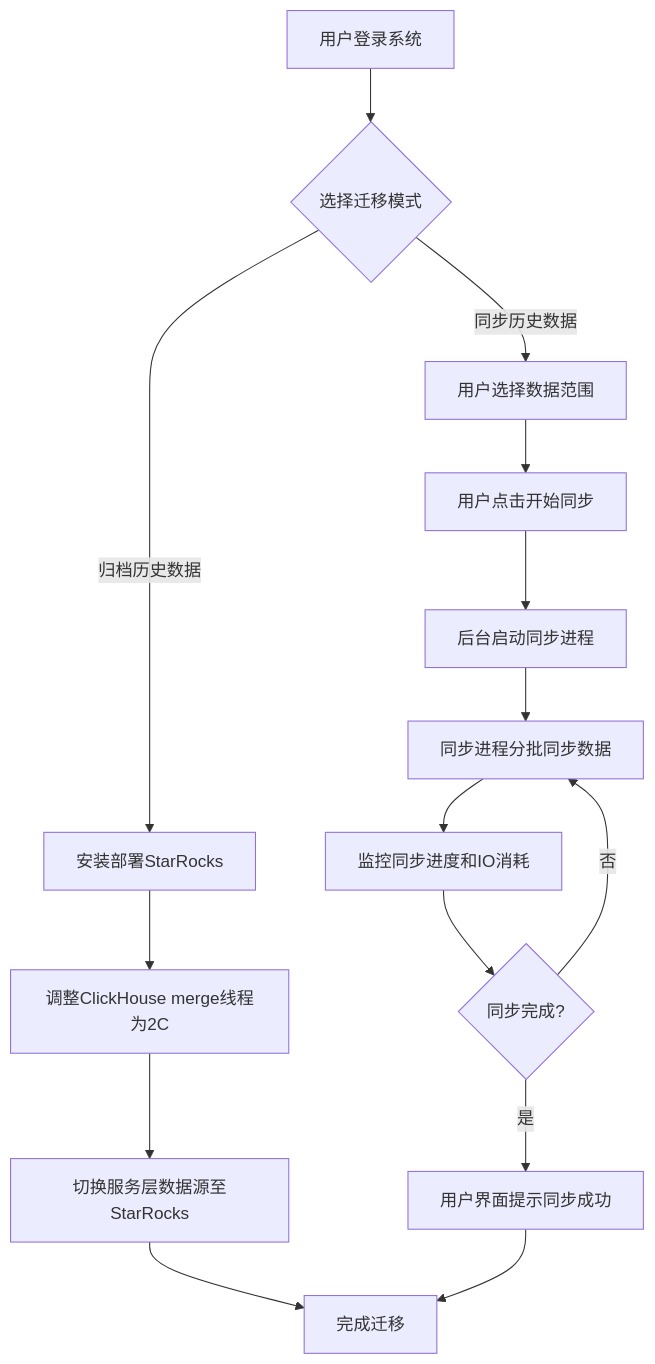
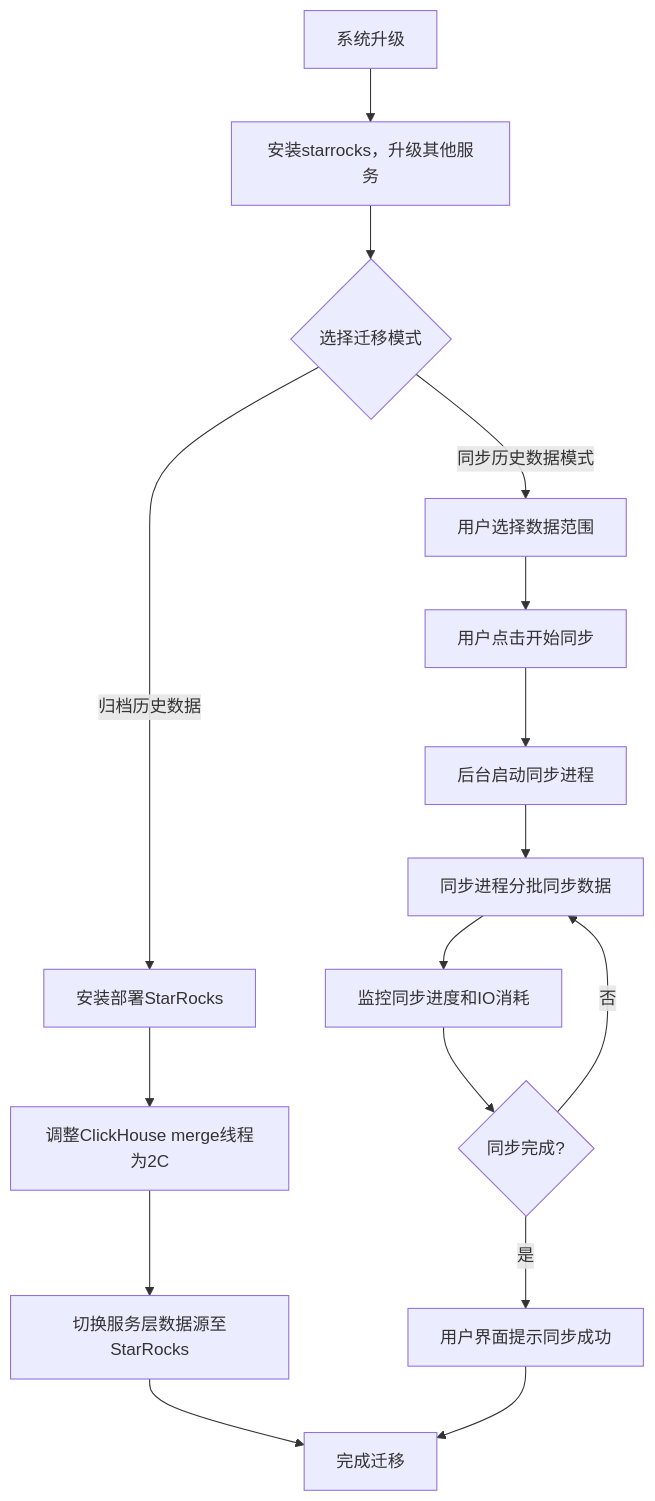
Before and after one commit to oabao/gpt_desigin: the first of 2 diagrams in Starrocks替换CK方案2.0.md, drawn with Mermaid.

````diff
--- a/Starrocks替换CK方案2.0.md
+++ b/Starrocks替换CK方案2.0.md
@@ -207,17 +207,18 @@
     ```mermaid
     graph TD
-    A[用户登录系统] --> B{选择迁移模式}
+    A[系统升级] --> A1[安装starrocks，升级其他服务]
+    A1 --> B{选择迁移模式}
     B -->|归档历史数据| C[安装部署StarRocks]
     C --> D[调整ClickHouse merge线程为2C]
     D --> E[切换服务层数据源至StarRocks]
     E --> F[完成迁移]
-    B -->|同步历史数据| G[用户选择数据范围]
+    B -->|同步历史数据模式| G[用户选择数据范围]
     G --> H[用户点击开始同步]
     H --> I[后台启动同步进程]
     I --> J[同步进程分批同步数据]
     J --> K[监控同步进度和IO消耗]
     K --> L{同步完成?}
     L -->|是| M[用户界面提示同步成功]
     M --> F
     L -->|否| J
     ```
````
